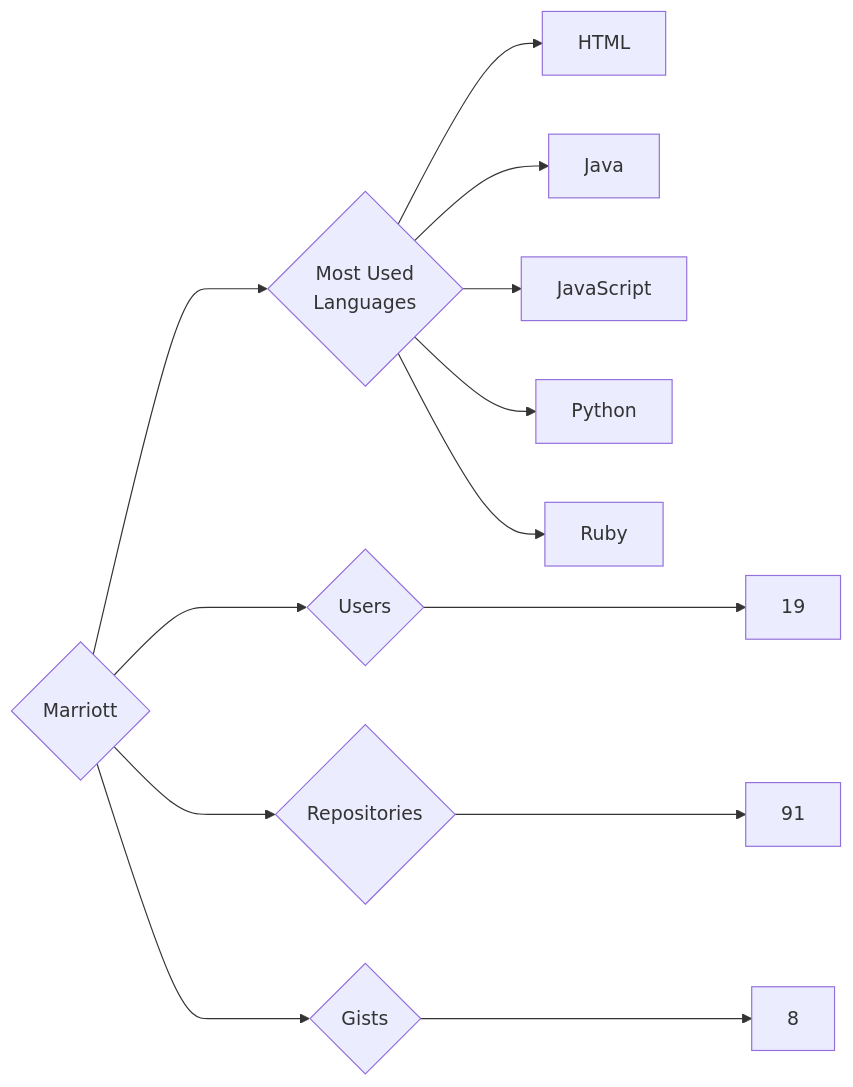
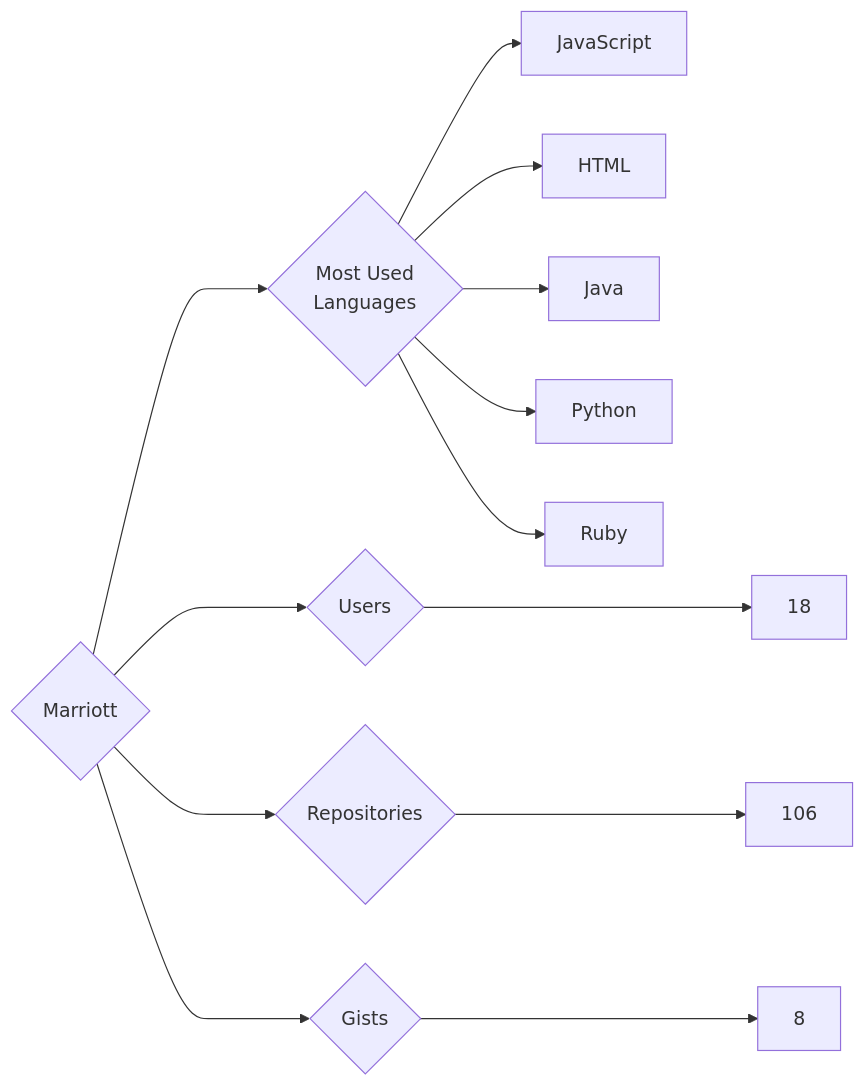
The diagram in targets/Marriott/README.md (trickest/insiders), drawn with Mermaid before and after one commit. The commit also changed 770 other files, not shown here.

````diff
--- a/targets/Marriott/README.md
+++ b/targets/Marriott/README.md
@@ -3,13 +3,13 @@
 ```mermaid
 graph LR
 COMPANY_NAME{Marriott}
-COMPANY_NAME ---> U{Users} ---> UN[19]
-COMPANY_NAME ---> R{Repositories} ---> RN[91]
+COMPANY_NAME ---> U{Users} ---> UN[18]
+COMPANY_NAME ---> R{Repositories} ---> RN[106]
 COMPANY_NAME ---> G{Gists} ---> GN[8]
 COMPANY_NAME ---> ML{Most Used<br>Languages}
+ML --> JavaScript[JavaScript]
 ML --> HTML[HTML]
 ML --> Java[Java]
-ML --> JavaScript[JavaScript]
 ML --> Python[Python]
 ML --> Ruby[Ruby]
 ```
````
